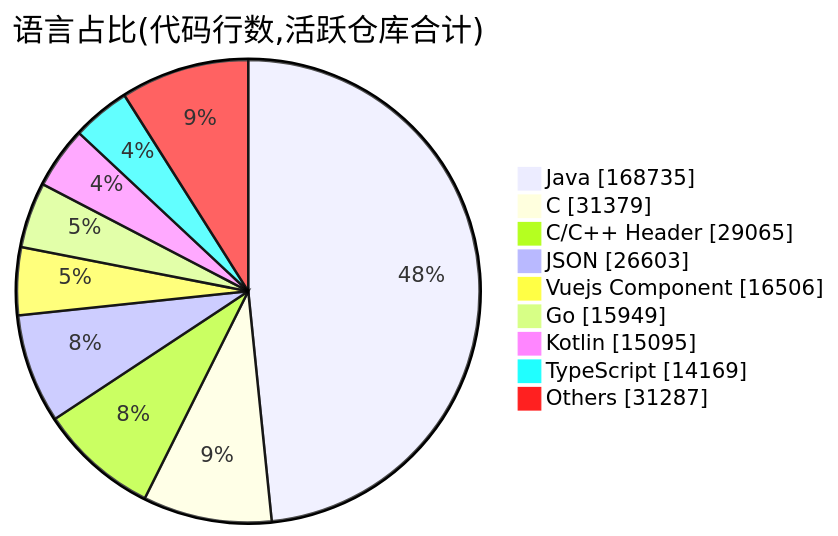
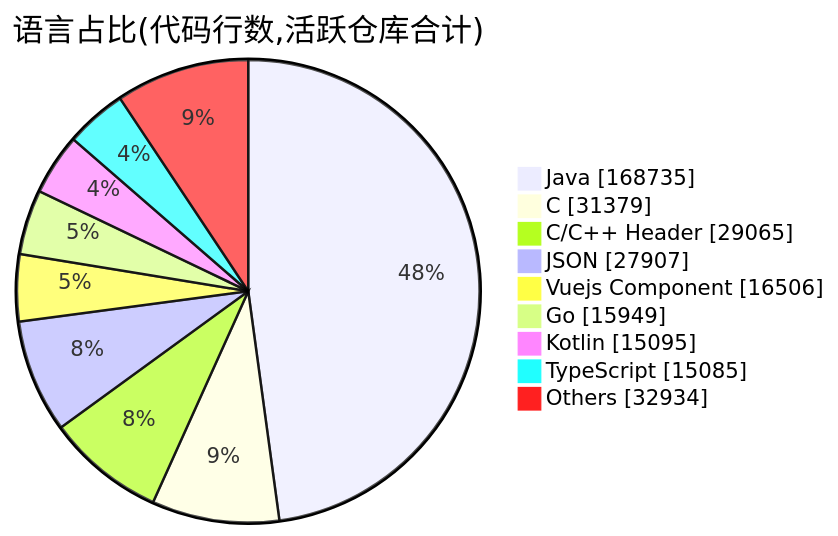
One commit to Conflux-Union/.github changed the second of 2 diagrams in profile/README.md. Above: the diagram before and after it, drawn with Mermaid. The commit also changed other lines of this file and 1 other file, not shown here.

````diff
--- a/profile/README.md
+++ b/profile/README.md
@@ -78,13 +78,13 @@
 ```mermaid
 pie showData
     title 语言占比(代码行数,活跃仓库合计)
     "Java" : 168735
     "C" : 31379
     "C/C++ Header" : 29065
-    "JSON" : 26603
+    "JSON" : 27907
     "Vuejs Component" : 16506
     "Go" : 15949
     "Kotlin" : 15095
-    "TypeScript" : 14169
-    "Others" : 31287
+    "TypeScript" : 15085
+    "Others" : 32934
 ```
````
